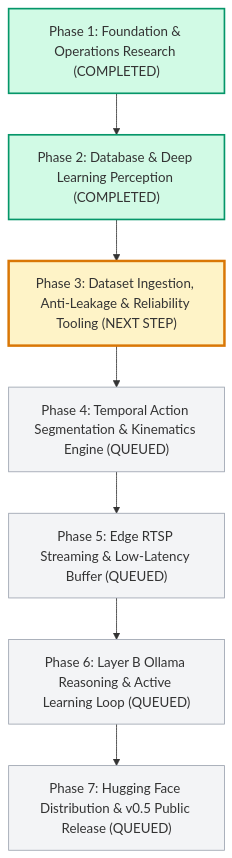
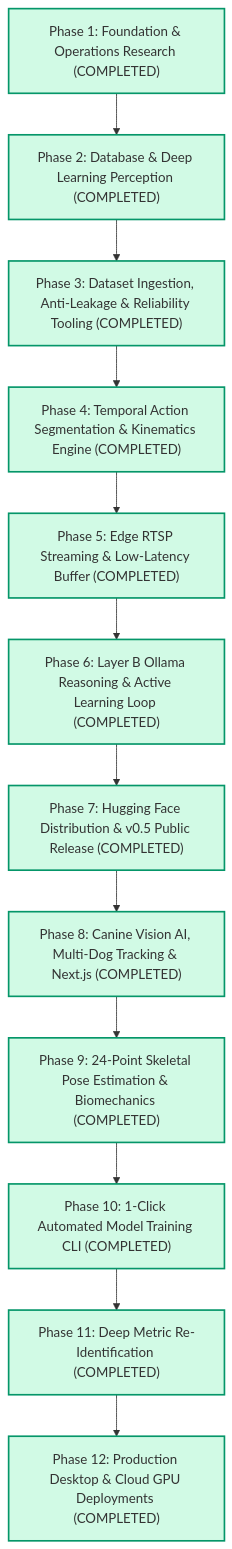
Before and after one commit to cvrvai/AnimalLens: the diagram in docs/07_waterfall_execution_pipeline.md, drawn with Mermaid. The commit also changed other lines of this file and 1 other file, not shown here.

Commit message:
docs: synchronize full 12-phase developer guide and waterfall documentation across repo and Notion

````diff
--- a/docs/07_waterfall_execution_pipeline.md
+++ b/docs/07_waterfall_execution_pipeline.md
@@ -11,17 +11,27 @@
 ```mermaid
 flowchart TD
     P1["Phase 1: Foundation & Operations Research (COMPLETED)"] --> P2["Phase 2: Database & Deep Learning Perception (COMPLETED)"]
-    P2 --> P3["Phase 3: Dataset Ingestion, Anti-Leakage & Reliability Tooling (NEXT STEP)"]
-    P3 --> P4["Phase 4: Temporal Action Segmentation & Kinematics Engine (QUEUED)"]
-    P4 --> P5["Phase 5: Edge RTSP Streaming & Low-Latency Buffer (QUEUED)"]
-    P5 --> P6["Phase 6: Layer B Ollama Reasoning & Active Learning Loop (QUEUED)"]
-    P6 --> P7["Phase 7: Hugging Face Distribution & v0.5 Public Release (QUEUED)"]
+    P2 --> P3["Phase 3: Dataset Ingestion, Anti-Leakage & Reliability Tooling (COMPLETED)"]
+    P3 --> P4["Phase 4: Temporal Action Segmentation & Kinematics Engine (COMPLETED)"]
+    P4 --> P5["Phase 5: Edge RTSP Streaming & Low-Latency Buffer (COMPLETED)"]
+    P5 --> P6["Phase 6: Layer B Ollama Reasoning & Active Learning Loop (COMPLETED)"]
+    P6 --> P7["Phase 7: Hugging Face Distribution & v0.5 Public Release (COMPLETED)"]
+    P7 --> P8["Phase 8: Canine Vision AI, Multi-Dog Tracking & Next.js (COMPLETED)"]
+    P8 --> P9["Phase 9: 24-Point Skeletal Pose Estimation & Biomechanics (COMPLETED)"]
+    P9 --> P10["Phase 10: 1-Click Automated Model Training CLI (COMPLETED)"]
+    P10 --> P11["Phase 11: Deep Metric Re-Identification (COMPLETED)"]
+    P11 --> P12["Phase 12: Production Desktop & Cloud GPU Deployments (COMPLETED)"]
 
     style P1 fill:#d1fae5,stroke:#059669,stroke-width:2px;
     style P2 fill:#d1fae5,stroke:#059669,stroke-width:2px;
-    style P3 fill:#fef3c7,stroke:#d97706,stroke-width:3px;
-    style P4 fill:#f3f4f6,stroke:#9ca3af,stroke-width:1px;
-    style P5 fill:#f3f4f6,stroke:#9ca3af,stroke-width:1px;
-    style P6 fill:#f3f4f6,stroke:#9ca3af,stroke-width:1px;
-    style P7 fill:#f3f4f6,stroke:#9ca3af,stroke-width:1px;
+    style P3 fill:#d1fae5,stroke:#059669,stroke-width:2px;
+    style P4 fill:#d1fae5,stroke:#059669,stroke-width:2px;
+    style P5 fill:#d1fae5,stroke:#059669,stroke-width:2px;
+    style P6 fill:#d1fae5,stroke:#059669,stroke-width:2px;
+    style P7 fill:#d1fae5,stroke:#059669,stroke-width:2px;
+    style P8 fill:#d1fae5,stroke:#059669,stroke-width:2px;
+    style P9 fill:#d1fae5,stroke:#059669,stroke-width:2px;
+    style P10 fill:#d1fae5,stroke:#059669,stroke-width:2px;
+    style P11 fill:#d1fae5,stroke:#059669,stroke-width:2px;
+    style P12 fill:#d1fae5,stroke:#059669,stroke-width:2px;
 ```
````
